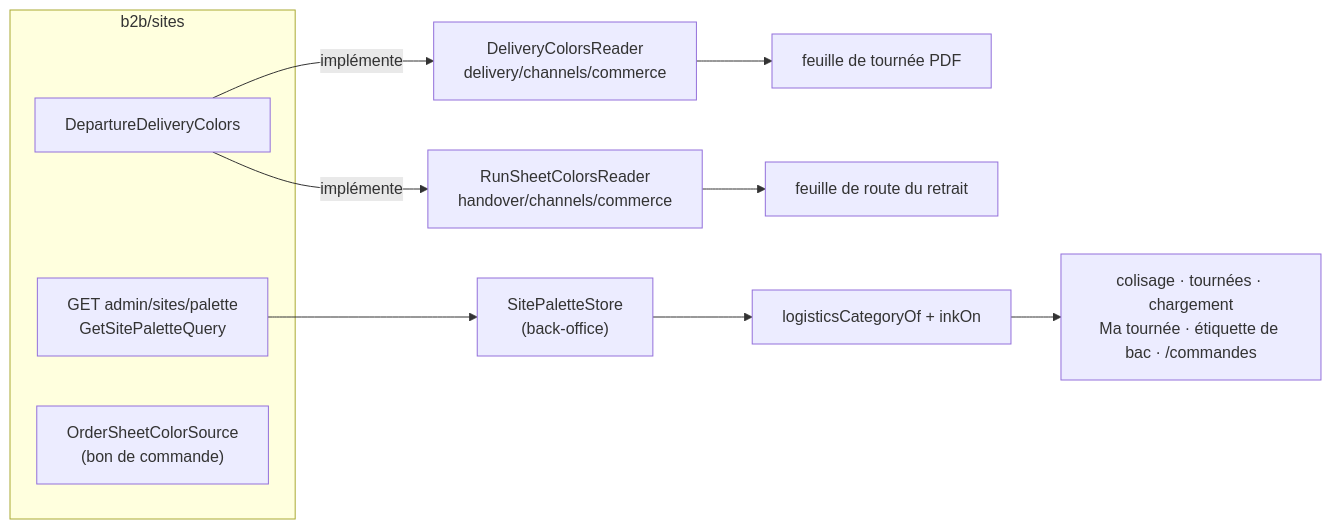
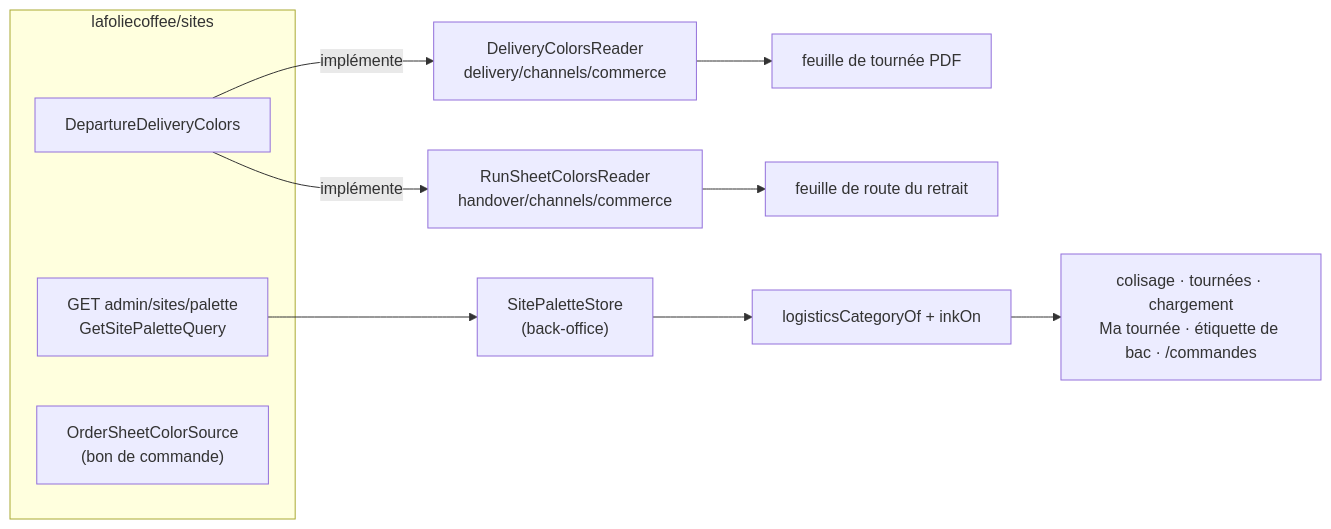
Before and after one commit to hugoheynard/lfd: the first of 2 diagrams in documentation/commandes/back-office/tri-depart-et-couleurs.md, drawn with Mermaid. The commit also changed 6369 other files, not shown here.

````diff
--- a/documentation/commandes/back-office/tri-depart-et-couleurs.md
+++ b/documentation/commandes/back-office/tri-depart-et-couleurs.md
@@ -41,15 +41,15 @@
 ```mermaid
 flowchart LR
-  subgraph b2b["b2b/sites"]
+  subgraph b2b["lafoliecoffee/sites"]
     Palette["GET admin/sites/palette<br/>GetSitePaletteQuery"]
     Dep["DepartureDeliveryColors"]
     Sheet["OrderSheetColorSource<br/>(bon de commande)"]
   end
   Dep -->|implémente| DCR["DeliveryColorsReader<br/>delivery/channels/commerce"]
   Dep -->|implémente| RSC["RunSheetColorsReader<br/>handover/channels/commerce"]
   DCR --> PDF["feuille de tournée PDF"]
   RSC --> Route["feuille de route du retrait"]
   Palette --> Store["SitePaletteStore<br/>(back-office)"]
   Store --> Cat["logisticsCategoryOf + inkOn"]
   Cat --> Ecrans["colisage · tournées · chargement<br/>Ma tournée · étiquette de bac · /commandes"]
 ```
````
